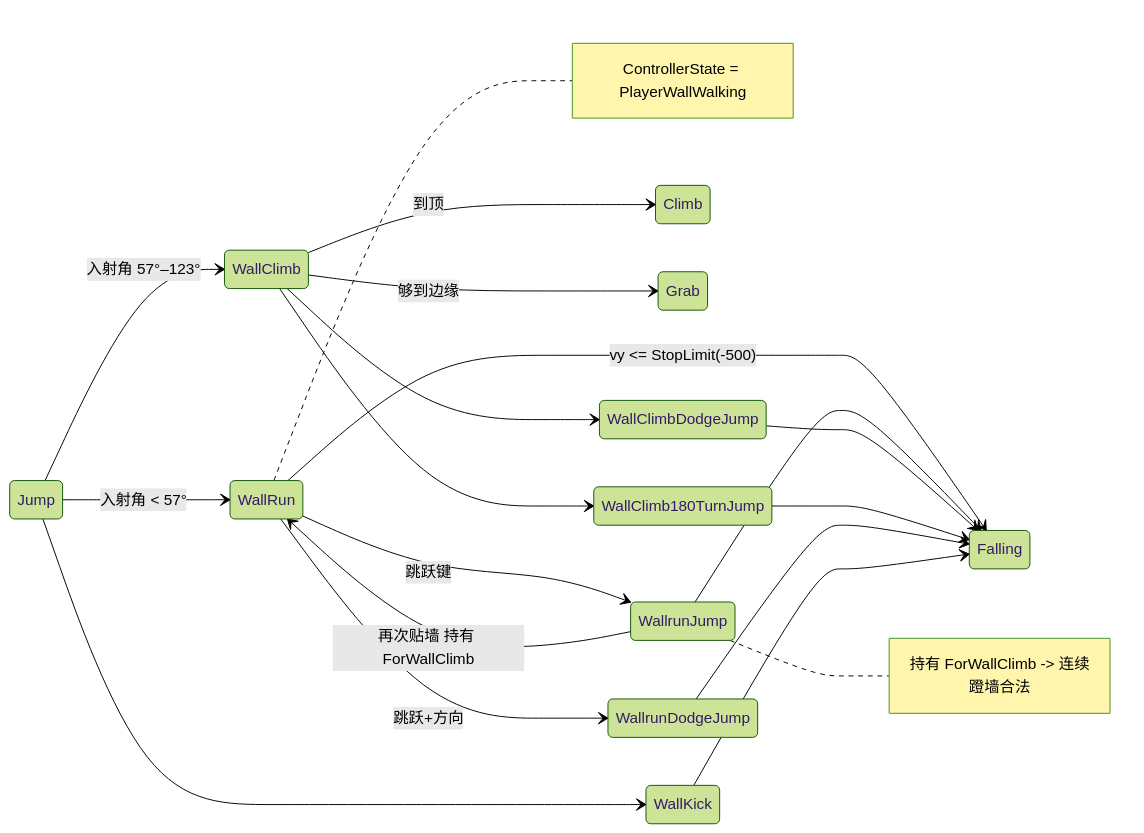
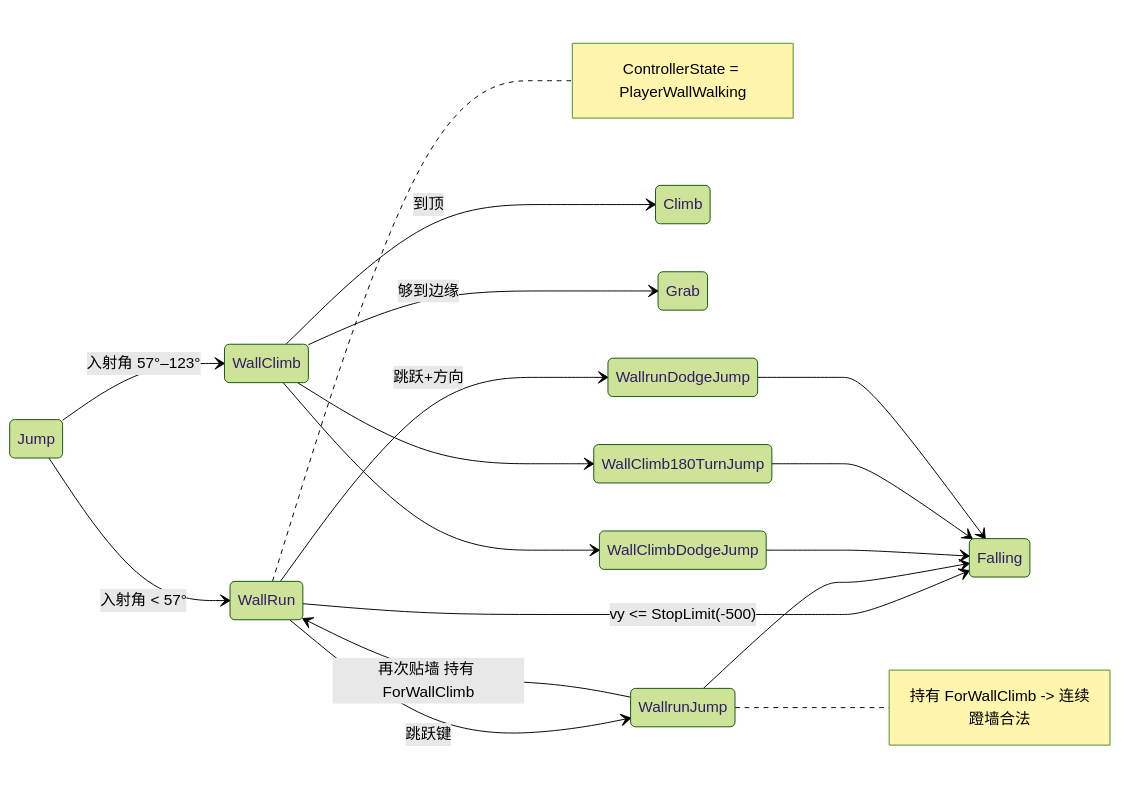
One commit to dragon-fish/parkour-game changed the second of 3 diagrams in docs/mirrors-edge-deep-research/11-状态机全图.md. Above: the diagram before and after it, drawn with Mermaid (forest theme). The commit also changed other lines of this file and 11 other files, not shown here.

````diff
--- a/docs/mirrors-edge-deep-research/11-状态机全图.md
+++ b/docs/mirrors-edge-deep-research/11-状态机全图.md
@@ -109,30 +113,28 @@
 ```mermaid
 stateDiagram-v2
     direction LR
     Jump --> WallRun: 入射角 < 57°
     Jump --> WallClimb: 入射角 57°–123°
-    Jump --> WallKick
 
     WallRun --> WallrunJump: 跳跃键
     WallRun --> WallrunDodgeJump: 跳跃+方向
     WallRun --> Falling: vy <= StopLimit(-500)
 
     WallClimb --> Climb: 到顶
     WallClimb --> Grab: 够到边缘
     WallClimb --> WallClimbDodgeJump
     WallClimb --> WallClimb180TurnJump
 
     WallrunJump --> WallRun: 再次贴墙 持有 ForWallClimb
     WallrunJump --> Falling
     WallClimbDodgeJump --> Falling
     WallClimb180TurnJump --> Falling
     WallrunDodgeJump --> Falling
-    WallKick --> Falling
 
     note right of WallrunJump
         持有 ForWallClimb -> 连续蹬墙合法
     end note
     note right of WallRun
         ControllerState = PlayerWallWalking
     end note
 ```
````
